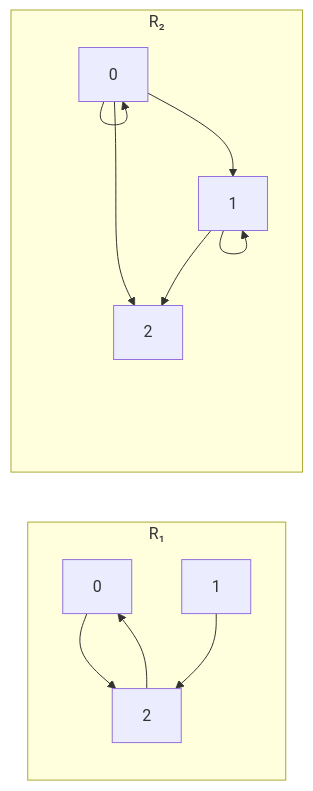
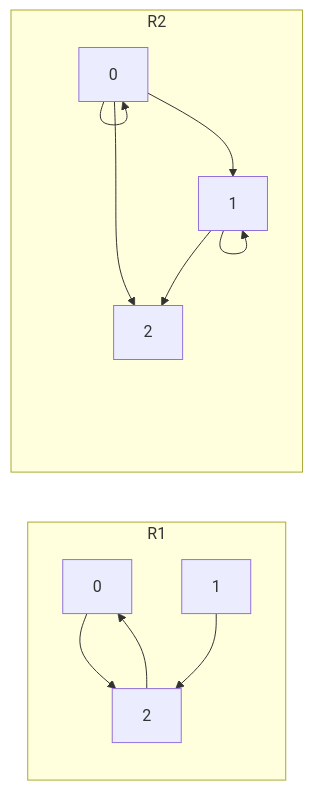
Before and after one commit to Choroning/25Fall_Discrete-Mathematics: diagram 12 of 21 in Lecture-Notes/Ch08_Properties-of-Relations/Concepts_Lecture.ko.md, drawn with Mermaid. The commit also changed other lines of this file and 37 other files, not shown here.

````diff
--- a/Lecture-Notes/Ch08_Properties-of-Relations/Concepts_Lecture.ko.md
+++ b/Lecture-Notes/Ch08_Properties-of-Relations/Concepts_Lecture.ko.md
@@ -953,15 +953,15 @@
 ```mermaid
 graph LR
-    subgraph G1["R₁"]
+    subgraph G1["R1"]
         p0["0"] --> p2["2"]
         p2 --> p0
         p1["1"] --> p2
     end
-    subgraph G2["R₂"]
+    subgraph G2["R2"]
         q0["0"] --> q0
         q0 --> q1["1"]
         q0 --> q2["2"]
         q1 --> q1
         q1 --> q2
     end
 ```
````
